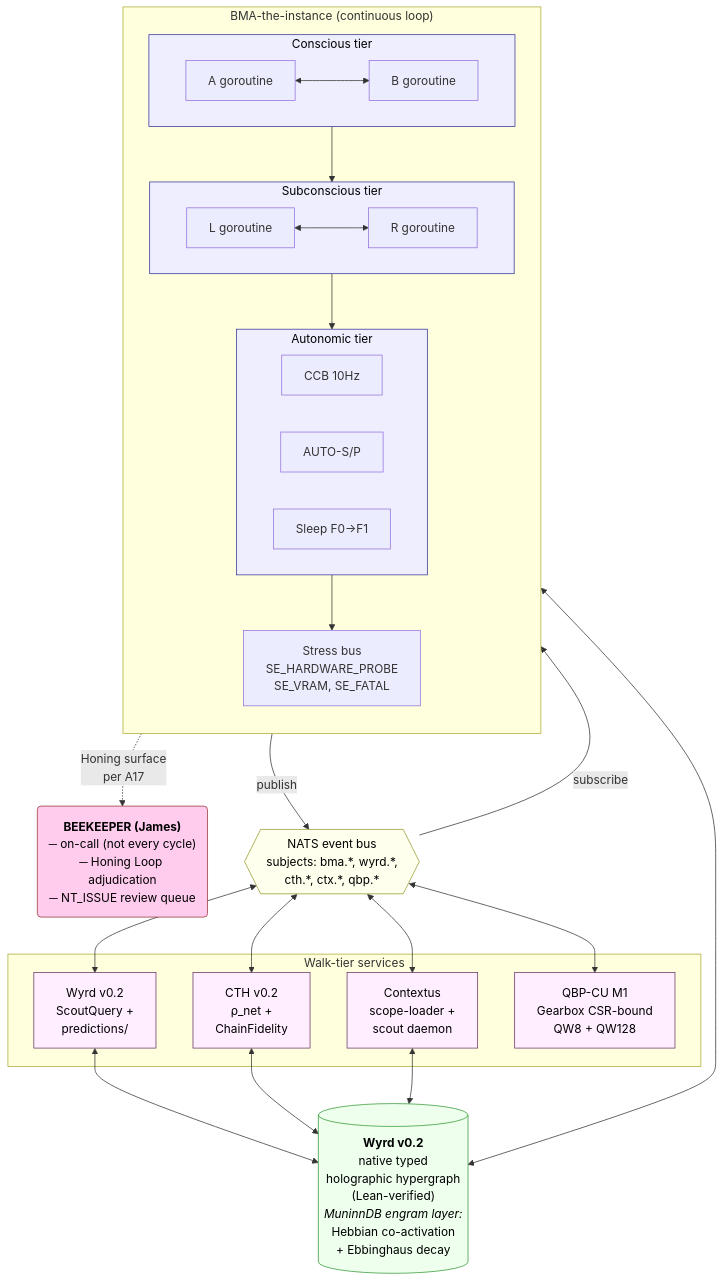
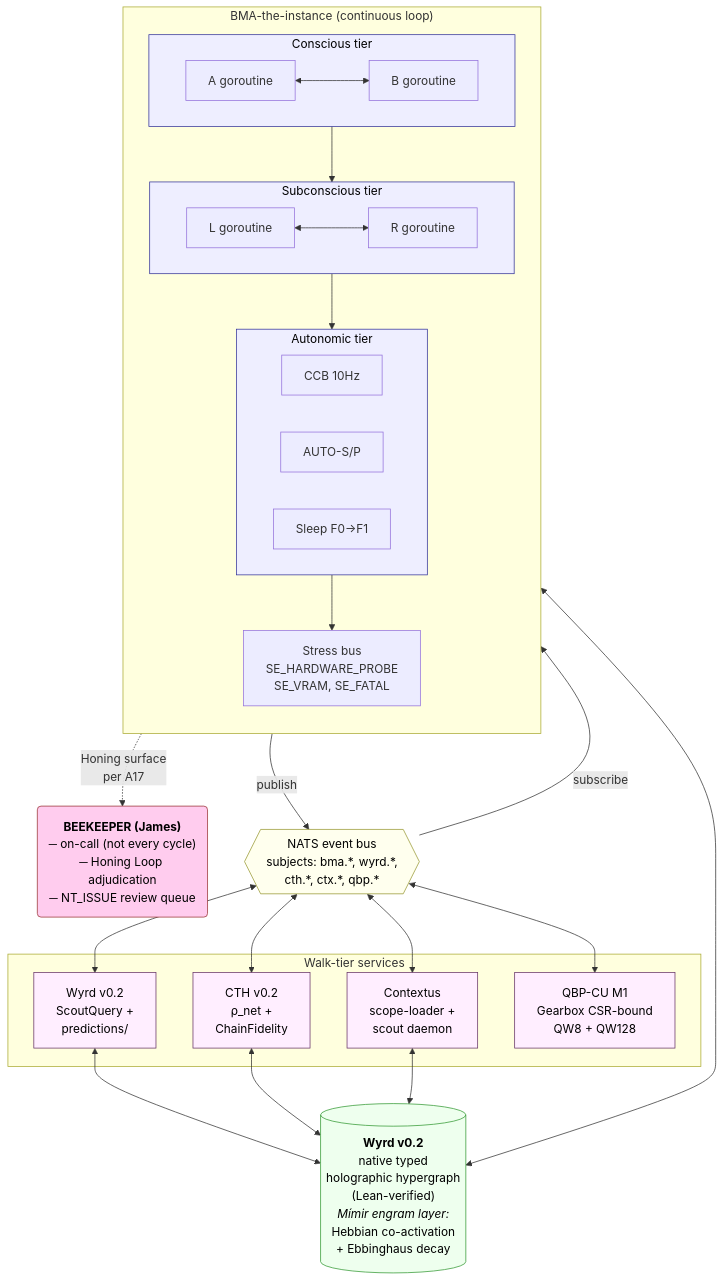
Before and after one commit to JamesPagetButler/inter: the eighth of 10 diagrams in workspace-phase-architecture.md, drawn with Mermaid. The commit also changed other lines of this file and 7 other files, not shown here.

````diff
--- a/workspace-phase-architecture.md
+++ b/workspace-phase-architecture.md
@@ -985,61 +985,61 @@
 ```mermaid
 flowchart TB
     BK("<b>BEEKEEPER (James)</b><br/>─ on-call (not every cycle)<br/>─ Honing Loop adjudication<br/>─ NT_ISSUE review queue")
 
     subgraph BMAProc["BMA-the-instance (continuous loop)"]
         direction TB
         subgraph Cons["Conscious tier"]
             ConsA["A goroutine"]
             ConsB["B goroutine"]
             ConsA <--> ConsB
         end
         subgraph Sub["Subconscious tier"]
             SubL["L goroutine"]
             SubR["R goroutine"]
             SubL <--> SubR
         end
         subgraph Auto["Autonomic tier"]
             CCB["CCB 10Hz"]
             ASP["AUTO-S/P"]
             Sleep["Sleep F0→F1"]
         end
         Stress["Stress bus<br/>SE_HARDWARE_PROBE<br/>SE_VRAM, SE_FATAL"]
         Cons --> Sub
         Sub --> Auto
         Auto --> Stress
     end
 
     NATS{{"NATS event bus<br/>subjects: bma.*, wyrd.*,<br/>cth.*, ctx.*, qbp.*"}}
 
     subgraph Services["Walk-tier services"]
         Wyrd["Wyrd v0.2<br/>ScoutQuery +<br/>predictions/"]
         CTH["CTH v0.2<br/>ρ_net +<br/>ChainFidelity"]
         Ctx["Contextus<br/>scope-loader +<br/>scout daemon"]
         Qcu["QBP-CU M1<br/>Gearbox CSR-bound<br/>QW8 + QW128"]
     end
 
-    WyrdDB[("<b>Wyrd v0.2</b><br/>native typed<br/>holographic hypergraph<br/>(Lean-verified)<br/><i>MuninnDB engram layer:</i><br/>Hebbian co-activation<br/>+ Ebbinghaus decay")]
+    WyrdDB[("<b>Wyrd v0.2</b><br/>native typed<br/>holographic hypergraph<br/>(Lean-verified)<br/><i>Mímir engram layer:</i><br/>Hebbian co-activation<br/>+ Ebbinghaus decay")]
 
     BMAProc -->|publish| NATS
     NATS -->|subscribe| Sub
     NATS <--> Wyrd
     NATS <--> CTH
     NATS <--> Ctx
     NATS <--> Qcu
     Wyrd <--> WyrdDB
     CTH <--> WyrdDB
     Ctx <--> WyrdDB
     BMAProc <--> WyrdDB
     BMAProc -.->|Honing surface<br/>per A17| BK
 
     classDef bk fill:#fce,stroke:#933,color:#000
     classDef tier fill:#eef,stroke:#339,color:#000
     classDef bus fill:#ffe,stroke:#993,color:#000
     classDef db fill:#efe,stroke:#393,color:#000
     classDef service fill:#fef,stroke:#636,color:#000
     class BK bk
     class Cons,Sub,Auto tier
     class NATS bus
     class WyrdDB db
     class Wyrd,CTH,Ctx,Qcu service
 ```
````
